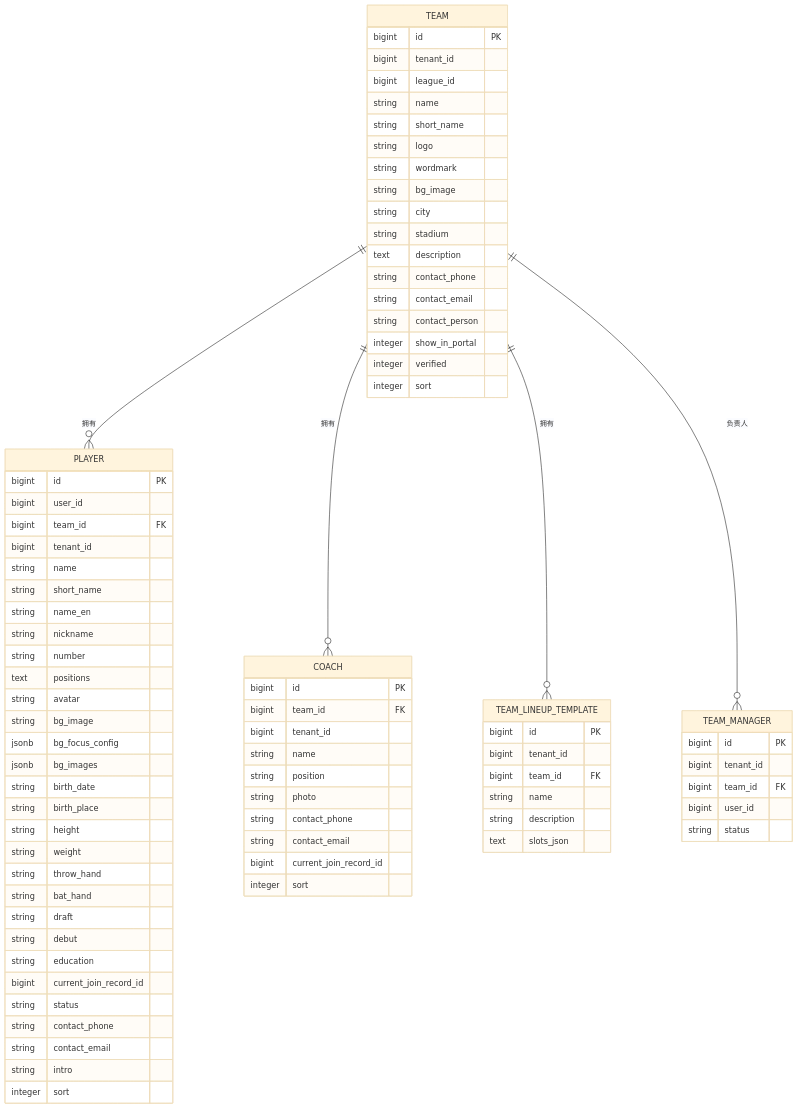
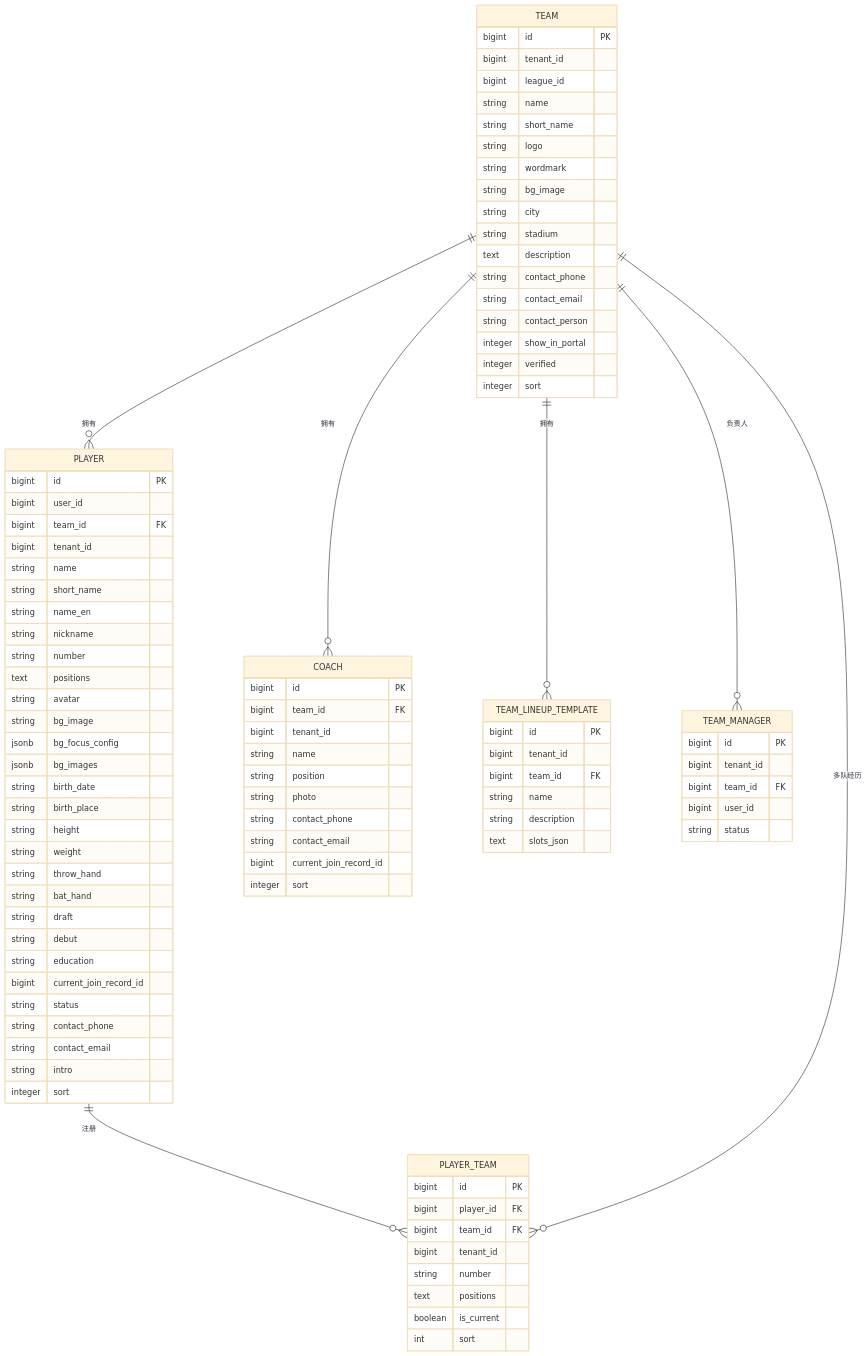
The ninth of 11 diagrams in docs/tech/API接口参考/球队球员API.md (skvan/bsdone), drawn with Mermaid (base theme) before and after one commit. The commit also changed other lines of this file and 17 other files, not shown here.

````diff
--- a/docs/tech/API接口参考/球队球员API.md
+++ b/docs/tech/API接口参考/球队球员API.md
@@ -328,8 +357,20 @@
 bigint user_id
 string status
 }
+PLAYER_TEAM {
+bigint id PK
+bigint player_id FK
+bigint team_id FK
+bigint tenant_id
+string number
+text positions
+boolean is_current
+int sort
+}
 TEAM ||--o{ PLAYER : "拥有"
 TEAM ||--o{ COACH : "拥有"
 TEAM ||--o{ TEAM_LINEUP_TEMPLATE : "拥有"
 TEAM ||--o{ TEAM_MANAGER : "负责人"
+PLAYER ||--o{ PLAYER_TEAM : "注册"
+TEAM ||--o{ PLAYER_TEAM : "多队经历"
 ```
````
